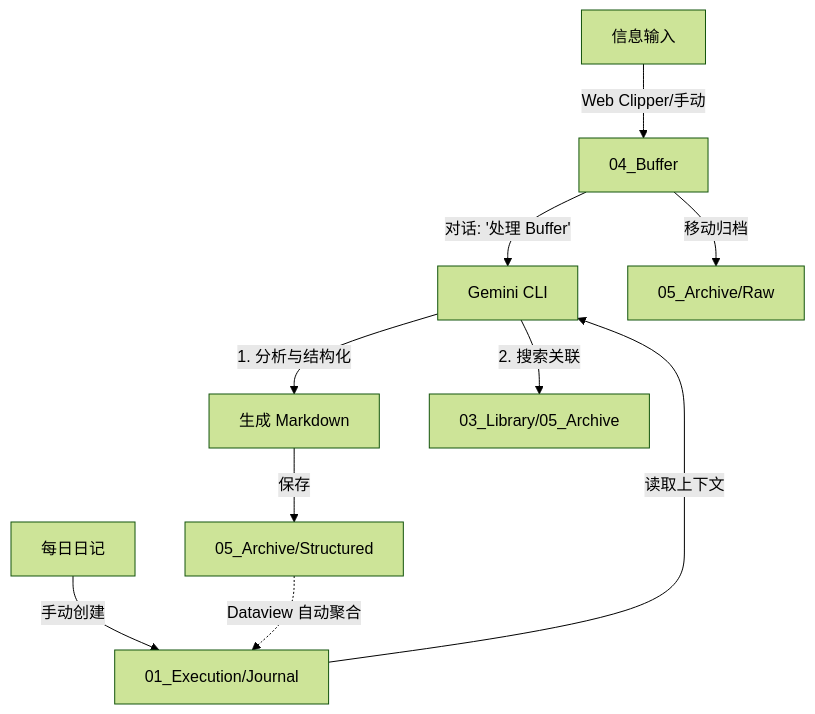
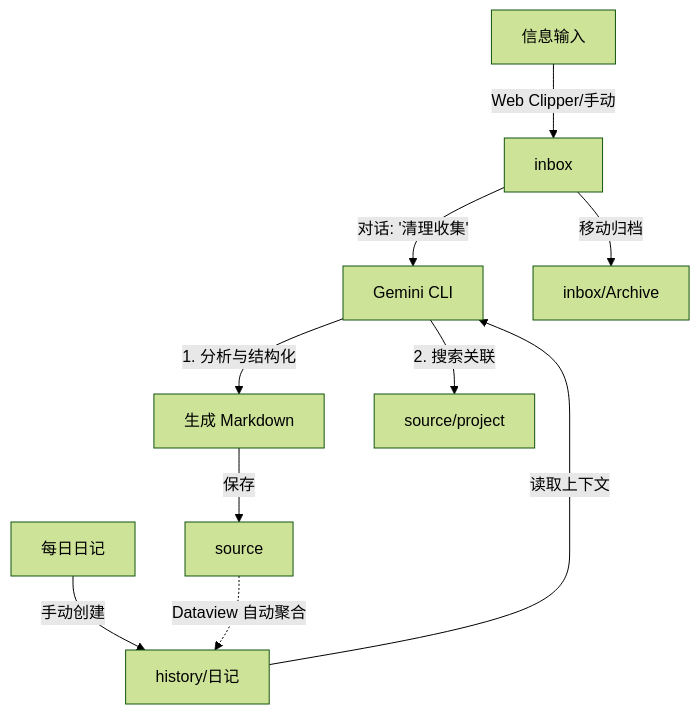
Before and after one commit to zane-byte-dev/neo: the diagram in project/neo/Neo 知识管理方法论.md, drawn with Mermaid (forest theme). The commit also changed other lines of this file and 23 other files, not shown here.

````diff
--- a/project/neo/Neo 知识管理方法论.md
+++ b/project/neo/Neo 知识管理方法论.md
@@ -62,12 +59,12 @@
 ```mermaid
 graph TD
-A[信息输入] -->|Web Clipper/手动| B[04_Buffer]
-C[每日日记] -->|手动创建| D[01_Execution/Journal]
-B -->|对话: '处理 Buffer'| E[Gemini CLI]
+A[信息输入] -->|Web Clipper/手动| B[inbox]
+C[每日日记] -->|手动创建| D[history/日记]
+B -->|对话: '清理收集'| E[Gemini CLI]
 D -->|读取上下文| E
 E -->|1. 分析与结构化| F[生成 Markdown]
-E -->|2. 搜索关联| G[03_Library/05_Archive]
-F -->|保存| H[05_Archive/Structured]
-B -->|移动归档| I[05_Archive/Raw]
+E -->|2. 搜索关联| G[source/project]
+F -->|保存| H[source]
+B -->|移动归档| I[inbox/Archive]
 H -.->|Dataview 自动聚合| D
 ```
````
